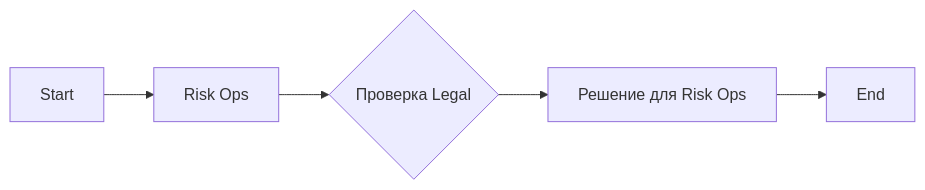
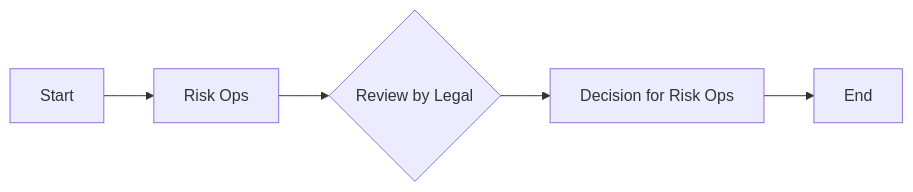
Before and after one commit to bnku/mdmm: the first of 2 diagrams in examples/dist/docs/template-fragment.md, drawn with Mermaid. The commit also changed other lines of this file and 20 other files, not shown here.

First line of the commit message:
refactor(core): rename whole-diagram to diagram terminology

````diff
--- a/examples/dist/docs/template-fragment.md
+++ b/examples/dist/docs/template-fragment.md
@@ -5,8 +5,8 @@
 ```mermaid
 flowchart LR
 Start --> risk__entry
 risk__entry["Risk Ops"]
-risk__entry --> risk__review{"Проверка Legal"}
-risk__review --> risk__done["Решение для Risk Ops"]
+risk__entry --> risk__review{"Review by Legal"}
+risk__review --> risk__done["Decision for Risk Ops"]
 risk__done --> End
 ```
````
